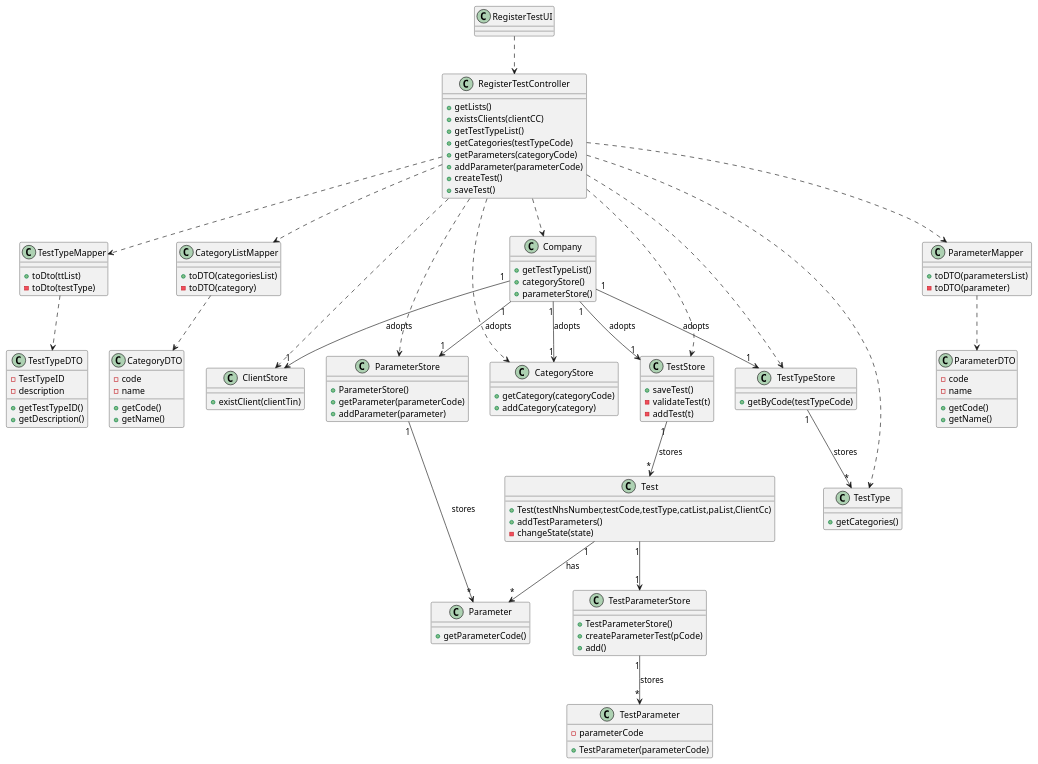
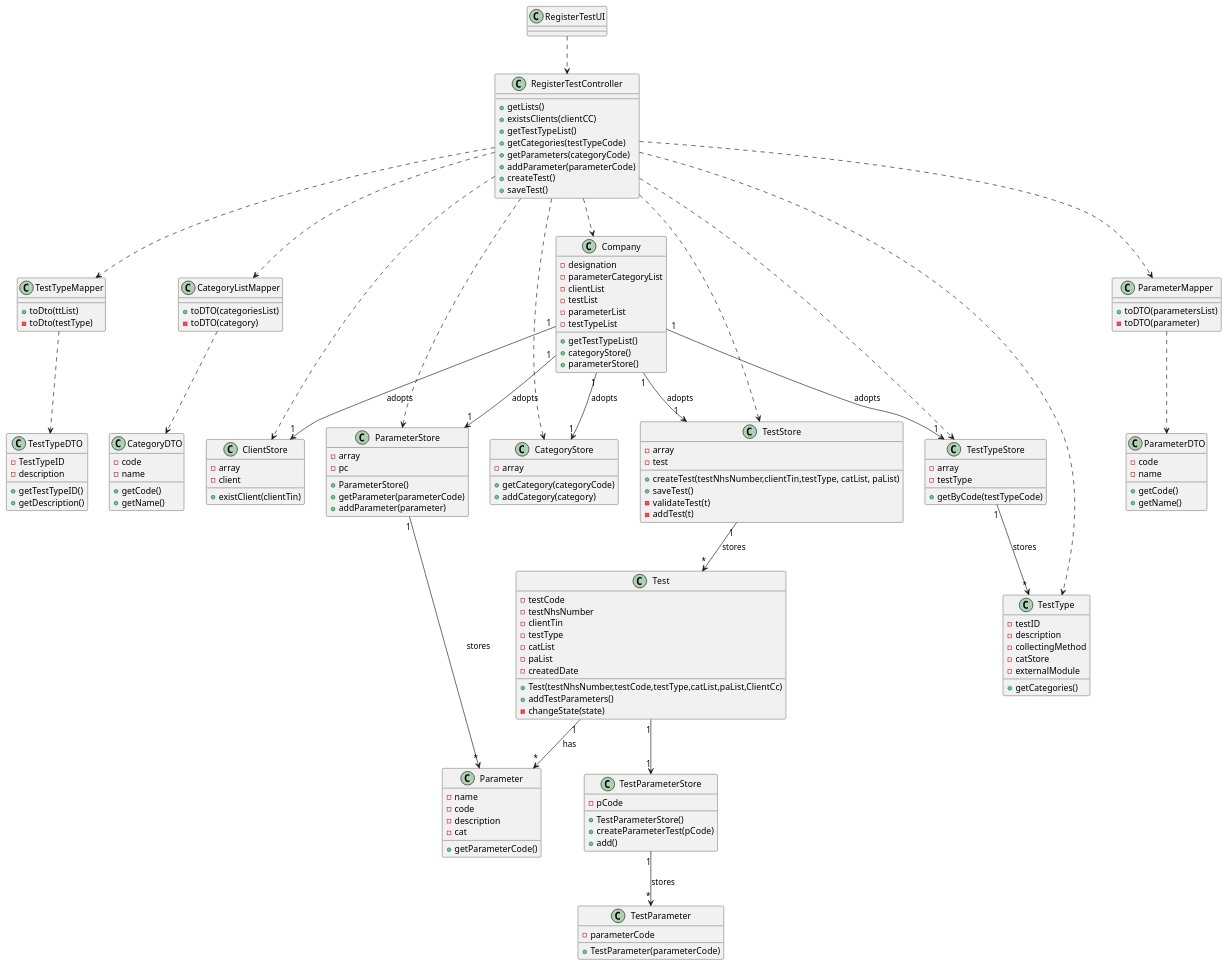
Before and after one commit to MarianaCLages/LAPR2: the diagram in docs/SprintC/US04/US4_CD.puml, drawn with PlantUML. The commit also changed 25 other files, not shown here.

```diff
--- a/docs/SprintC/US04/US4_CD.puml
+++ b/docs/SprintC/US04/US4_CD.puml
@@ -1,127 +1,160 @@
 @startuml
 'https://plantuml.com/class-diagram
 
 class ClientStore{
+-array
+-client
 +existClient(clientTin)
 }
 class TestStore{
+- array
+- test
++createTest(testNhsNumber,clientTin,testType, catList, paList)
 +saveTest()
 -validateTest(t)
 -addTest(t)
 }
 class TestTypeStore{
+-array
+-testType
 +getByCode(testTypeCode)
 }
 class ParameterStore{
+-array
+-pc
 +ParameterStore()
 +getParameter(parameterCode)
 +addParameter(parameter)
 }
 class CategoryStore{
+-array
 +getCategory(categoryCode)
 +addCategory(category)
 }
 class TestTypeMapper{
 +toDto(ttList)
 -toDto(testType)
 }
 class TestTypeDTO{
 -TestTypeID
 -description
 +getTestTypeID()
 +getDescription()
 }
 
 class CategoryListMapper{
 +toDTO(categoriesList)
 -toDTO(category)
 }
 class CategoryDTO{
 -code
 -name
 +getCode()
 +getName()
 }
 
 class ParameterMapper{
 +toDTO(parametersList)
 -toDTO(parameter)
 }
 class ParameterDTO{
 -code
 -name
 +getCode()
 +getName()
 }
 
 class Company{
+-designation
+-parameterCategoryList
+-clientList
+-testList
+-parameterList
+-testTypeList
 +getTestTypeList()
 +categoryStore()
 +parameterStore()
 }
 class RegisterTestController{
 +getLists()
 +existsClients(clientCC)
 +getTestTypeList()
 +getCategories(testTypeCode)
 +getParameters(categoryCode)
 +addParameter(parameterCode)
 +createTest()
 +saveTest()
 }
 class RegisterTestUI{
 }
 
 class TestType{
+-testID
+-description
+-collectingMethod
+-catStore
+-externalModule
 +getCategories()
 }
 
 class Test{
+-testCode
+-testNhsNumber
+-clientTin
+-testType
+-catList
+-paList
+-createdDate
 +Test(testNhsNumber,testCode,testType,catList,paList,ClientCc)
 +addTestParameters()
 -changeState(state)
 }
 class TestParameterStore{
+-pCode
 +TestParameterStore()
 +createParameterTest(pCode)
 +add()
 }
 class TestParameter{
 -parameterCode
 +TestParameter(parameterCode)
 }
 
 class Parameter{
+-name
+-code
+-description
+-cat
 +getParameterCode()
 }
 
 
 RegisterTestUI ..> RegisterTestController
 RegisterTestController ..>CategoryListMapper
 RegisterTestController ..>TestTypeMapper
 RegisterTestController ..>TestType
 RegisterTestController ..>Company
 RegisterTestController ..>ParameterStore
 RegisterTestController ..>TestStore
 RegisterTestController ..>CategoryStore
 RegisterTestController ..>ParameterMapper
 RegisterTestController ..>TestTypeStore
 RegisterTestController ..>ClientStore
 
 ParameterMapper ..> ParameterDTO
 CategoryListMapper ..> CategoryDTO
 TestTypeMapper ..> TestTypeDTO
 
 Company "1" --> "1" TestTypeStore: adopts
 Company "1" --> "1" ClientStore: adopts
 Company "1" --> "1" ParameterStore: adopts
 Company "1" --> "1" TestStore: adopts
 Company "1" --> "1" CategoryStore: adopts
 
 TestTypeStore "1" --> "*" TestType:stores
 TestStore "1" --> "*" Test: stores
 Test "1" --> "1" TestParameterStore
 TestParameterStore "1" --> "*" TestParameter: stores
 ParameterStore "1" --> "*" Parameter: stores
 Test "1" --> "*" Parameter: has
 @enduml
```
